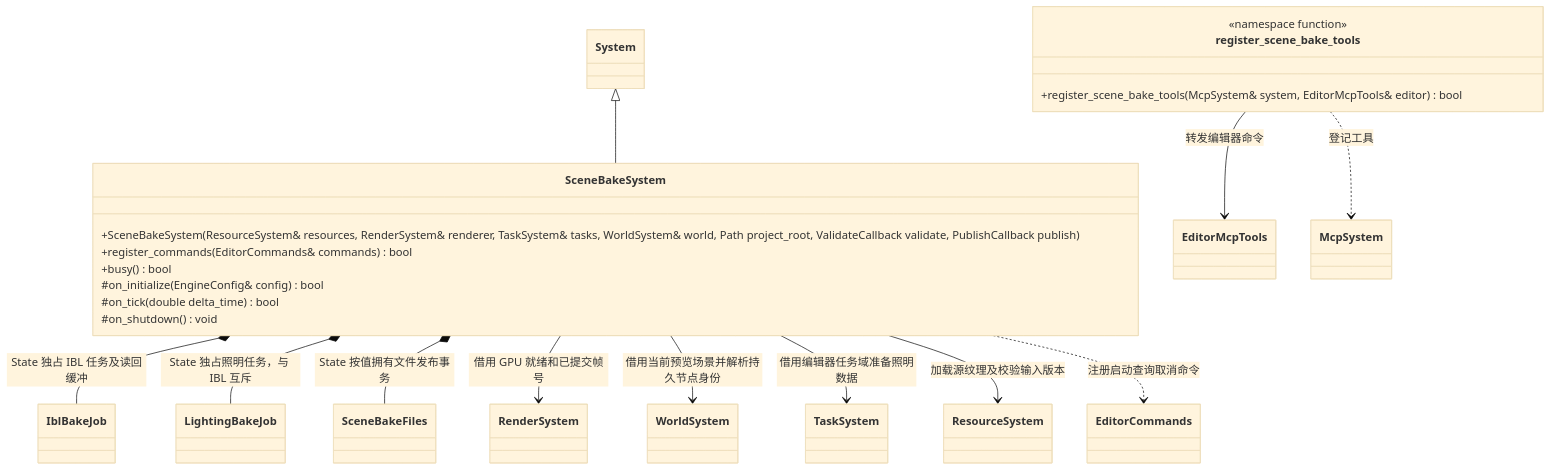
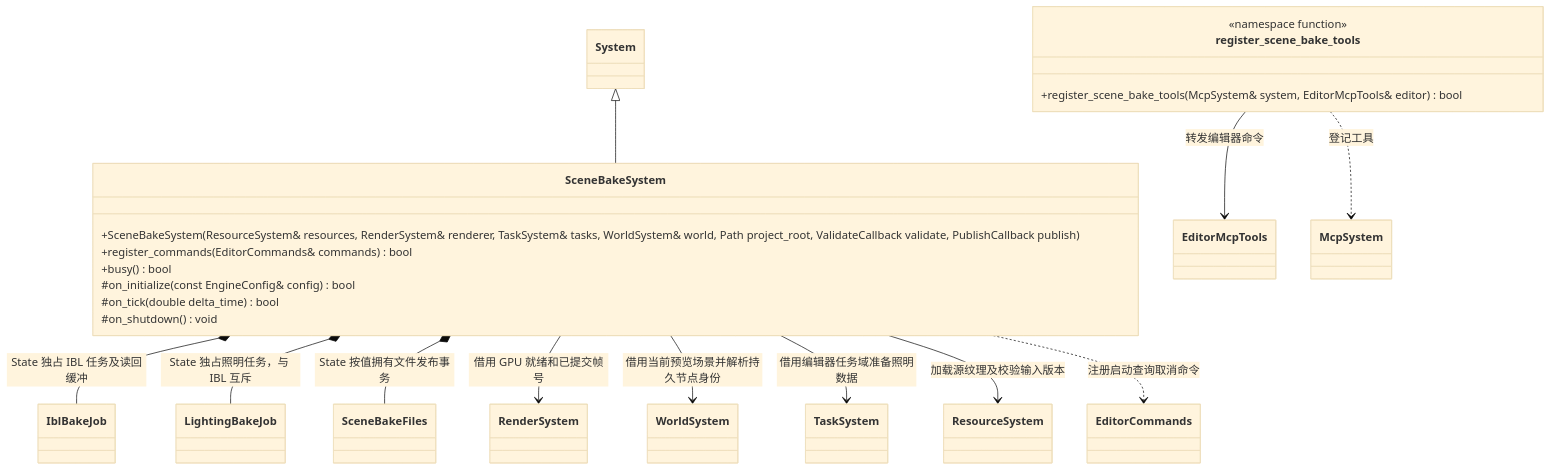
Before and after one commit to lcals/Engine: the first of 3 diagrams in docs/plugins/editor/class-diagrams/scene-bake.md, drawn with Mermaid (base theme). The commit also changed other lines of this file and 222 other files, not shown here.

Commit message:
Consolidate editor asset imports and align architecture documentation

````diff
--- a/docs/plugins/editor/class-diagrams/scene-bake.md
+++ b/docs/plugins/editor/class-diagrams/scene-bake.md
@@ -5,37 +5,37 @@
 ```mermaid
 classDiagram
     class SceneBakeSystem {
         +SceneBakeSystem(ResourceSystem& resources, RenderSystem& renderer, TaskSystem& tasks, WorldSystem& world, Path project_root, ValidateCallback validate, PublishCallback publish)
         +register_commands(EditorCommands& commands) bool
         +busy() bool
-        #on_initialize(EngineConfig& config) bool
+        #on_initialize(const EngineConfig& config) bool
         #on_tick(double delta_time) bool
         #on_shutdown() void
     }
     class IblBakeJob
     class LightingBakeJob
     class SceneBakeFiles
     class register_scene_bake_tools {
         <<namespace function>>
         +register_scene_bake_tools(McpSystem& system, EditorMcpTools& editor) bool
     }
     class System
     class RenderSystem
     class ResourceSystem
     class TaskSystem
     class WorldSystem
     class EditorCommands
     class EditorMcpTools
     class McpSystem
     System <|-- SceneBakeSystem
     SceneBakeSystem *-- IblBakeJob : State 独占 IBL 任务及读回缓冲
     SceneBakeSystem *-- LightingBakeJob : State 独占照明任务，与 IBL 互斥
     SceneBakeSystem *-- SceneBakeFiles : State 按值拥有文件发布事务
     SceneBakeSystem --> RenderSystem : 借用 GPU 就绪和已提交帧号
     SceneBakeSystem --> WorldSystem : 借用当前预览场景并解析持久节点身份
     SceneBakeSystem --> TaskSystem : 借用编辑器任务域准备照明数据
     SceneBakeSystem --> ResourceSystem : 加载源纹理及校验输入版本
     SceneBakeSystem ..> EditorCommands : 注册启动查询取消命令
     register_scene_bake_tools --> EditorMcpTools : 转发编辑器命令
     register_scene_bake_tools ..> McpSystem : 登记工具
 ```
````
